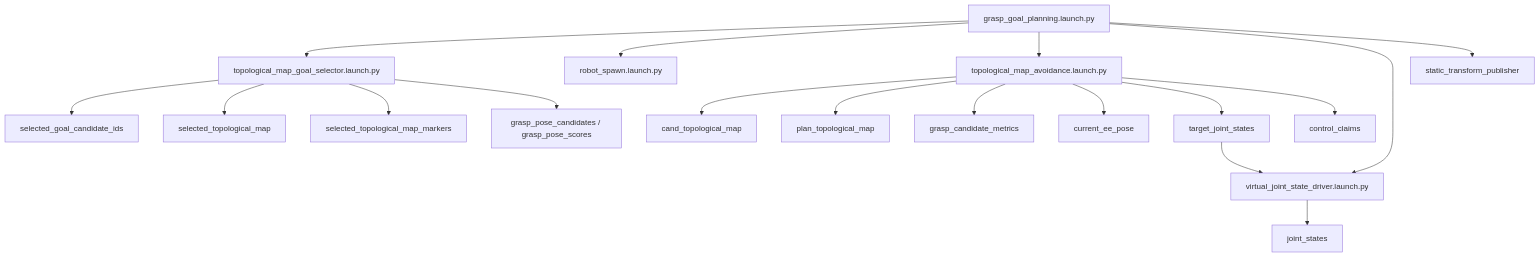
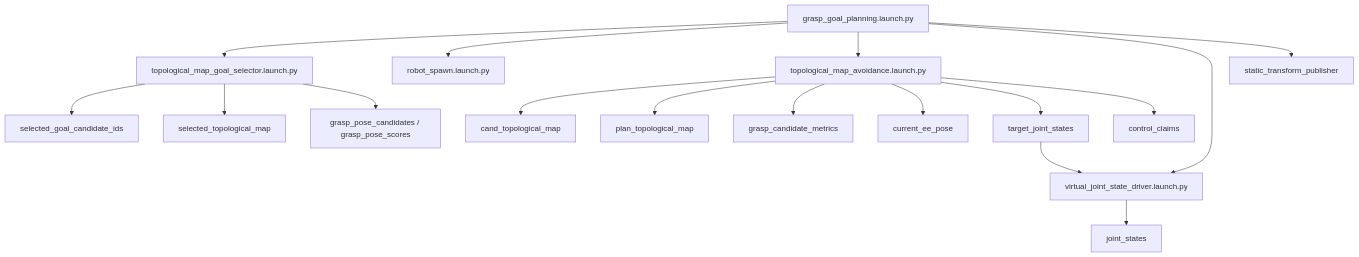
One commit to uraki-UH/arm_avoidance changed the first of 10 diagrams in gng_vlut_system/docs/TECHNICAL_SPEC.md. Above: the diagram before and after it, drawn with Mermaid. The commit also changed other lines of this file and 43 other files, not shown here.

````diff
--- a/gng_vlut_system/docs/TECHNICAL_SPEC.md
+++ b/gng_vlut_system/docs/TECHNICAL_SPEC.md
@@ -20,23 +20,22 @@
 ```mermaid
 flowchart TD
     A[grasp_goal_planning.launch.py] --> B[topological_map_goal_selector.launch.py]
     A --> C[robot_spawn.launch.py]
     A --> D[topological_map_avoidance.launch.py]
     A --> E[virtual_joint_state_driver.launch.py]
     A --> F[static_transform_publisher]
 
     B --> G[selected_goal_candidate_ids]
     B --> H[selected_topological_map]
-    B --> I[selected_topological_map_markers]
     B --> J[grasp_pose_candidates / grasp_pose_scores]
 
     D --> K[cand_topological_map]
     D --> L[plan_topological_map]
     D --> M[grasp_candidate_metrics]
     D --> N[current_ee_pose]
     D --> O[target_joint_states]
     D --> P[control_claims]
 
     O --> E
     E --> Q[joint_states]
 ```
````
